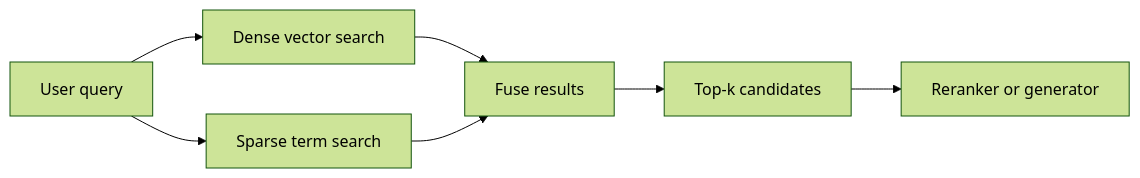
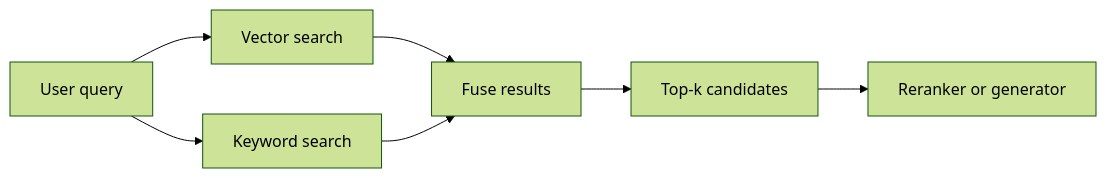
One commit to grafanaKibana/devbook.zip changed the diagram in Vault/Software Engineering/11 AI & ML/LLM/RAG/Retrieval.md. Above: the diagram before and after it, drawn with Mermaid (forest theme). The commit also changed other lines of this file and 1 other file, not shown here.

````diff
--- a/Vault/Software Engineering/11 AI & ML/LLM/RAG/Retrieval.md
+++ b/Vault/Software Engineering/11 AI & ML/LLM/RAG/Retrieval.md
@@ -19,9 +19,9 @@
 ```mermaid
 flowchart LR
-    Q[User query] --> D[Dense vector search]
-    Q --> S[Sparse term search]
+    Q[User query] --> D[Vector search]
+    Q --> S[Keyword search]
     D --> F[Fuse results]
     S --> F
     F --> R[Top-k candidates]
     R --> N[Reranker or generator]
 ```
````
